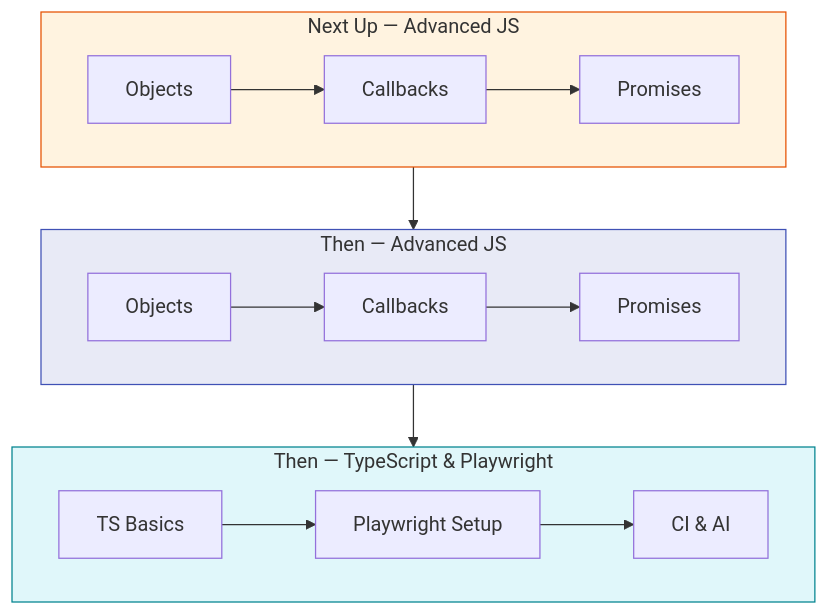
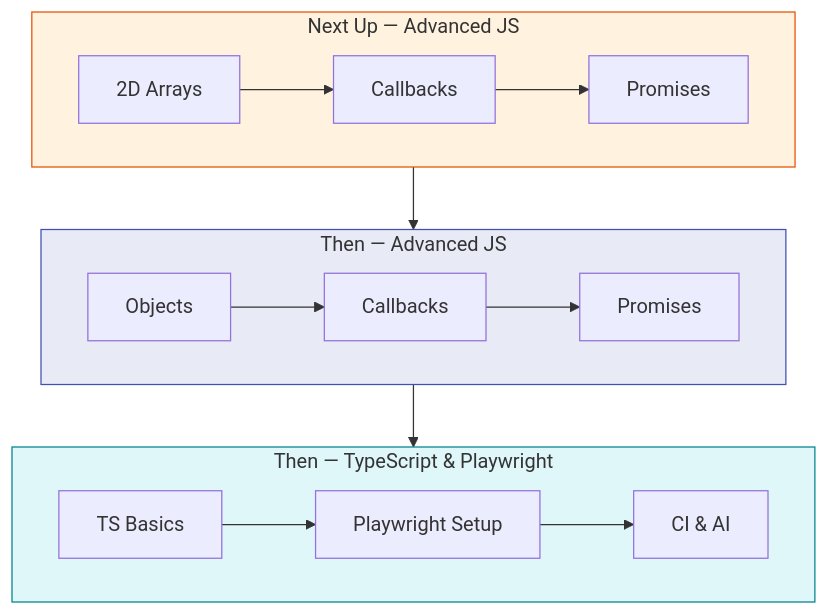
One commit to HBSahoo/LearnPlaywrightBatch2x changed the fifth of 7 diagrams in README.md. Above: the diagram before and after it, drawn with Mermaid. The commit also changed other lines of this file and 7 other files, not shown here.

````diff
--- a/README.md
+++ b/README.md
@@ -952,23 +998,23 @@
 ```mermaid
 graph TD
     subgraph next["Next Up — Advanced JS"]
-        N1[Objects] --> N2[Callbacks]
+        N1[2D Arrays] --> N2[Callbacks]
         N2 --> N3[Promises]
     end
 
     subgraph then["Then — Advanced JS"]
         T1[Objects] --> T2[Callbacks]
         T2 --> T3[Promises]
     end
 
     subgraph then2["Then — TypeScript & Playwright"]
         F1[TS Basics] --> F2[Playwright Setup]
         F2 --> F3[CI & AI]
     end
 
     next --> then --> then2
 
     style next fill:#fff3e0,stroke:#e65100
     style then fill:#e8eaf6,stroke:#3f51b5
     style then2 fill:#e0f7fa,stroke:#00838f
 ```
````
